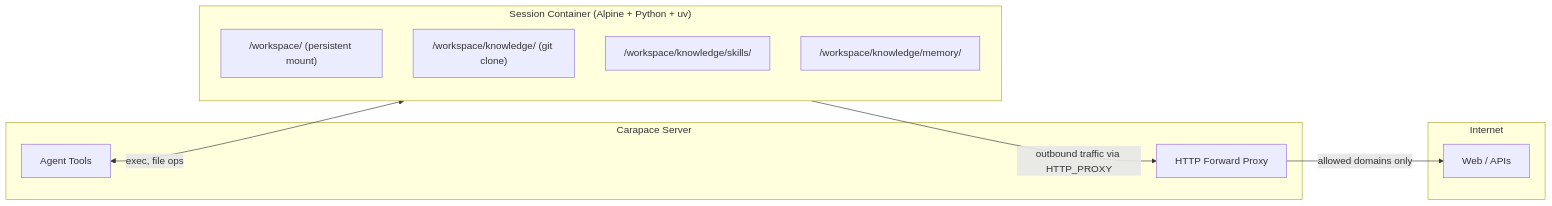
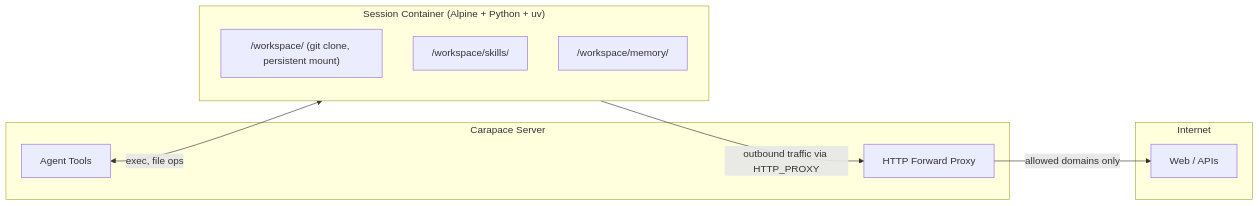
Before and after one commit to thiesgerken/carapace: the diagram in docs/sandbox.md, drawn with Mermaid. The commit also changed other lines of this file and 3 other files, not shown here.

First line of the commit message:
♻️ refactor: clone knowledge repo directly into /workspace

````diff
--- a/docs/sandbox.md
+++ b/docs/sandbox.md
@@ -9,22 +9,21 @@
 ```mermaid
 flowchart LR
     subgraph carapace [Carapace Server]
         Agent[Agent Tools]
         Proxy[HTTP Forward Proxy]
     end
 
     subgraph container ["Session Container (Alpine + Python + uv)"]
-        Workspace["/workspace/ (persistent mount)"]
-        Knowledge["/workspace/knowledge/ (git clone)"]
-        Skills["/workspace/knowledge/skills/"]
-        Memory["/workspace/knowledge/memory/"]
+        Workspace["/workspace/ (git clone, persistent mount)"]
+        Skills["/workspace/skills/"]
+        Memory["/workspace/memory/"]
     end
 
     subgraph external [Internet]
         APIs[Web / APIs]
     end
 
     Agent <-->|exec, file ops| container
     container -->|outbound traffic via HTTP_PROXY| Proxy
     Proxy -->|allowed domains only| APIs
 ```
````
